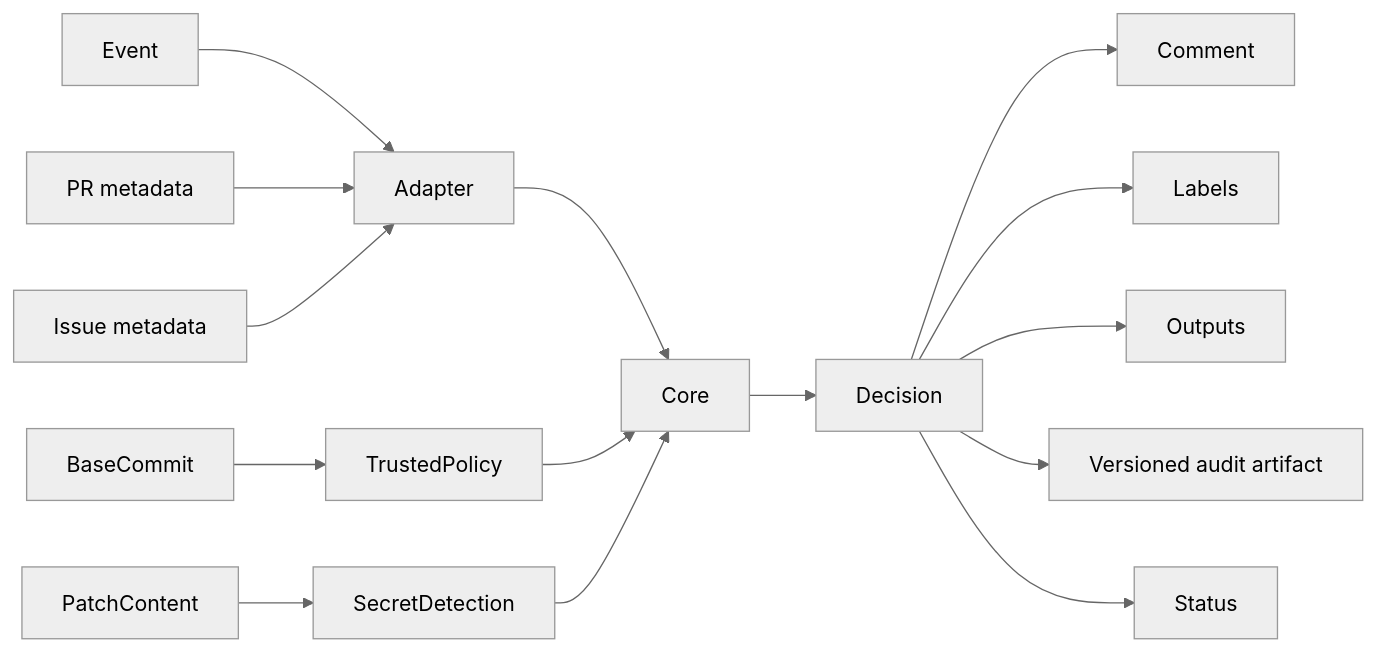
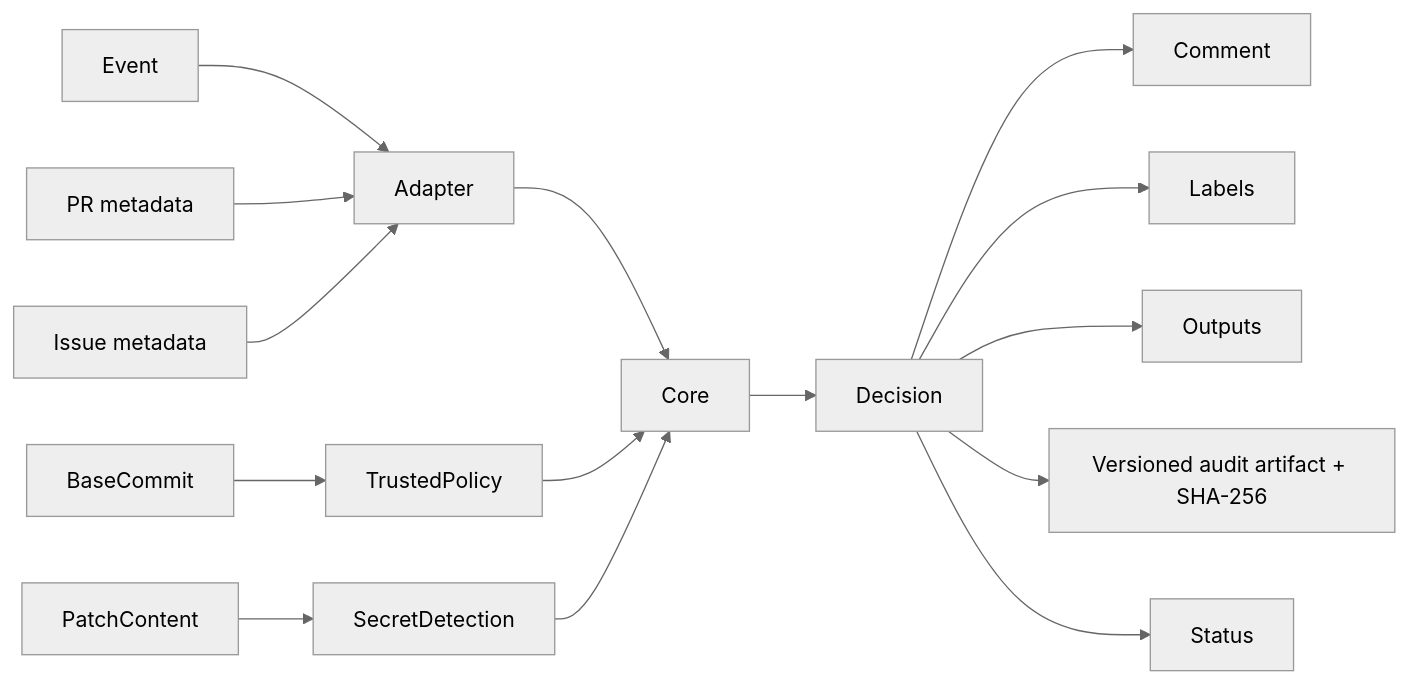
The first of 2 diagrams in packages/github-action/AGENTS.md (streamentry/AGENTOWNERS), drawn with Mermaid (neutral theme) before and after one commit. The commit also changed other lines of this file and 11 other files, not shown here.

Commit message:
feat(action): add audit artifact digest

````diff
--- a/packages/github-action/AGENTS.md
+++ b/packages/github-action/AGENTS.md
@@ -21,16 +21,16 @@
 ```mermaid
 flowchart LR
   Event --> Adapter
   PR[PR metadata] --> Adapter
   Issue[Issue metadata] --> Adapter
   BaseCommit --> TrustedPolicy
   Adapter --> Core
   TrustedPolicy --> Core
   PatchContent --> SecretDetection --> Core
   Core --> Decision
   Decision --> Comment
   Decision --> Labels
   Decision --> Outputs
-  Decision --> AuditArtifact[Versioned audit artifact]
+  Decision --> AuditArtifact[Versioned audit artifact + SHA-256]
   Decision --> Status
 ```
````
